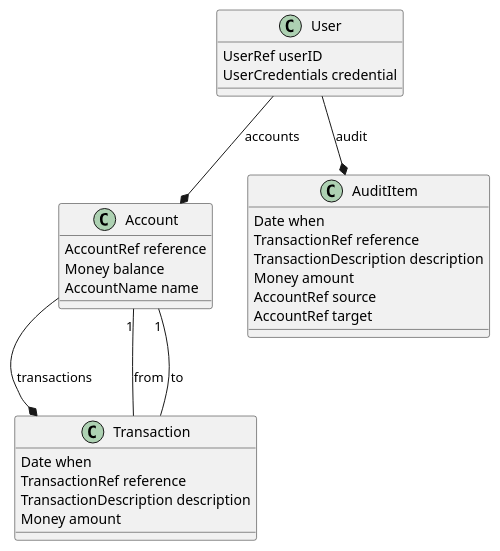
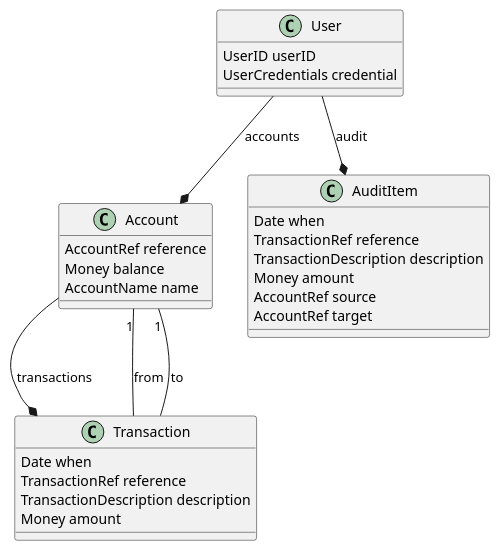
One commit to graeme-lockley/note-structuring-ui-tests changed the diagram in domain/src/main/models/domain_model.puml. Above: the diagram before and after it, drawn with PlantUML. The commit also changed 11 other files, not shown here.

```diff
--- a/domain/src/main/models/domain_model.puml
+++ b/domain/src/main/models/domain_model.puml
@@ -1,37 +1,37 @@
 @startuml
 
 class User {
-	UserRef userID
+	UserID userID
 	UserCredentials credential
 }
 
 class Account {
 	AccountRef reference
 	Money balance
 	AccountName name
 }
 
 class Transaction {
 	Date when
 	TransactionRef reference
 	TransactionDescription description
 	Money amount
 }
 
 class AuditItem {
 	Date when
 	TransactionRef reference
 	TransactionDescription description
 	Money amount
 	AccountRef source
 	AccountRef target
 }
 
 User --* Account : "accounts"
 Account --* Transaction : "transactions"
 Transaction -- "1" Account : from
 Transaction -- "1" Account : to
 
 User --* AuditItem : "audit"
 
 @enduml
```
